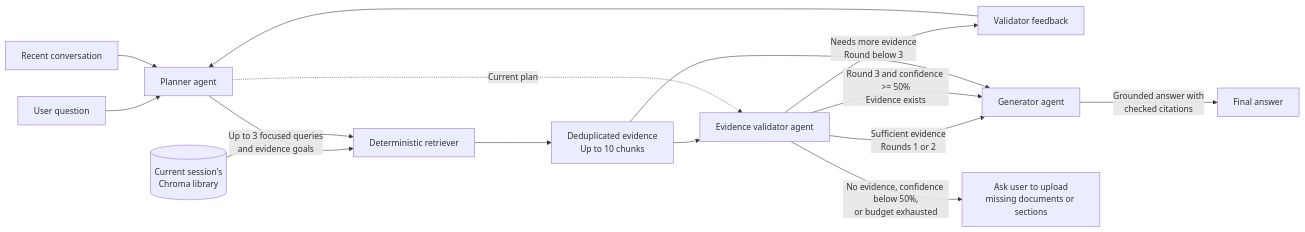
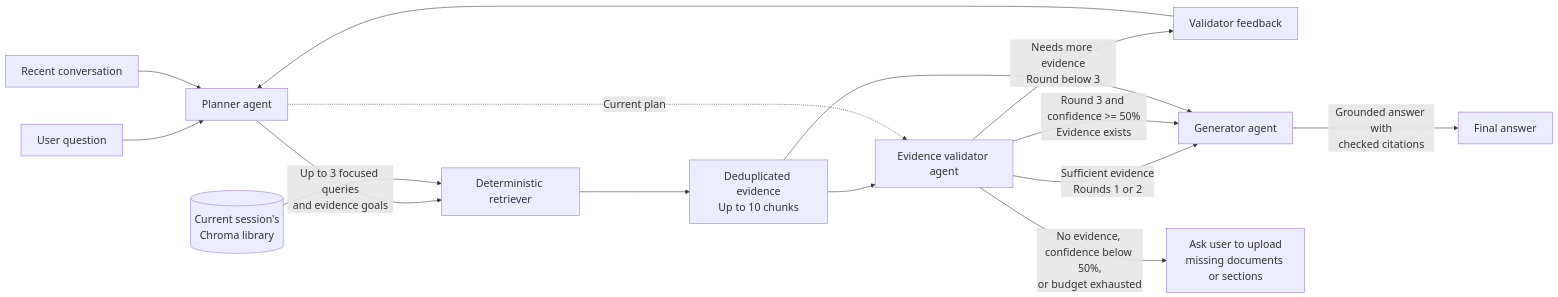
Before and after one commit to navaneethpt/agentic-document-chat: the diagram in README.md, drawn with Mermaid. The commit also changed other lines of this file and 16 other files, not shown here.

````diff
--- a/README.md
+++ b/README.md
@@ -78,20 +87,21 @@
 ```mermaid
+%%{init: {"themeVariables": {"fontSize": "20px"}, "flowchart": {"nodeSpacing": 70, "rankSpacing": 90, "useMaxWidth": true}} }%%
 flowchart LR
     Q[User question] --> P[Planner agent]
     H[Recent conversation] --> P
     F[Validator feedback] --> P
 
     P -->|Up to 3 focused queries\nand evidence goals| R[Deterministic retriever]
     L[(Current session's\nChroma library)] --> R
     R --> E[Deduplicated evidence\nUp to 10 chunks]
     E --> V[Evidence validator agent]
     P -. Current plan .-> V
 
     V -->|Sufficient evidence\nRounds 1 or 2| G[Generator agent]
     V -->|Needs more evidence\nRound below 3| F
     V -->|Round 3 and confidence >= 50%\nEvidence exists| G
     V -->|No evidence, confidence below 50%,\nor budget exhausted| U[Ask user to upload\nmissing documents or sections]
 
     E --> G
     G -->|Grounded answer with\nchecked citations| A[Final answer]
 ```
````
